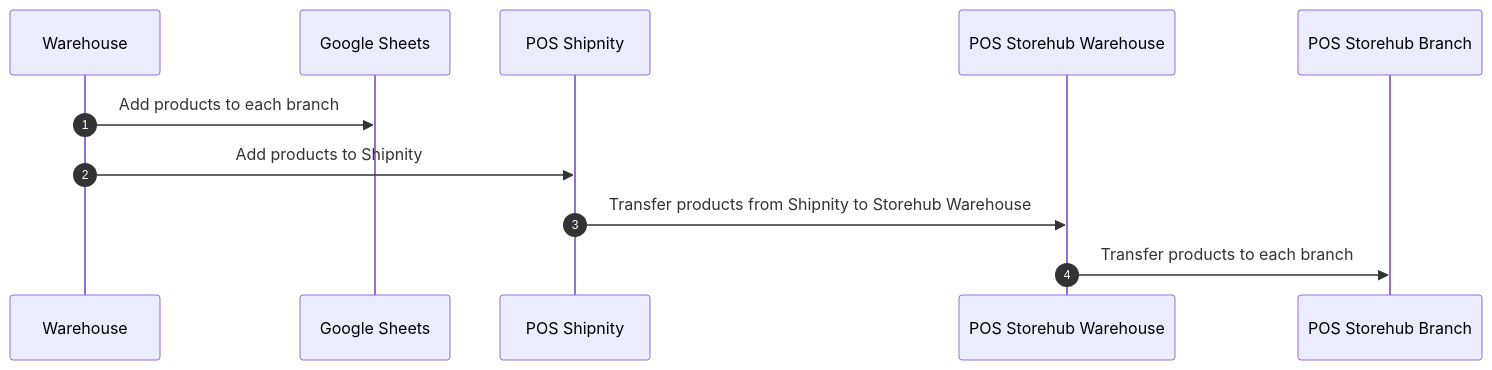
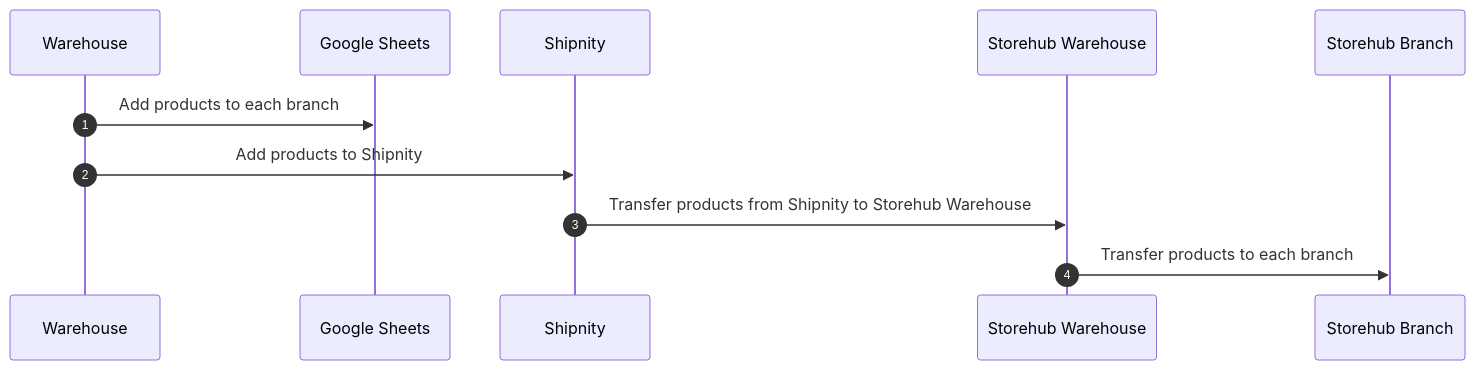
The first of 2 diagrams in offline-flow.md (turboza/urthe-documentation), drawn with Mermaid before and after one commit. The commit also changed other lines of this file and 3 other files, not shown here.

````diff
--- a/offline-flow.md
+++ b/offline-flow.md
@@ -14,15 +14,15 @@
 ```mermaid
 sequenceDiagram
     participant Warehouse
     participant Google Sheets
-    participant POS Shipnity
-    participant POS Storehub Warehouse
-    participant POS Storehub Branch
+    participant Shipnity
+    participant Storehub Warehouse
+    participant Storehub Branch
 
     autonumber
 
     Warehouse->>Google Sheets: Add products to each branch
-    Warehouse->>POS Shipnity: Add products to Shipnity
-    POS Shipnity->>POS Storehub Warehouse: Transfer products from Shipnity to Storehub Warehouse
-    POS Storehub Warehouse->>POS Storehub Branch: Transfer products to each branch
+    Warehouse->>Shipnity: Add products to Shipnity
+    Shipnity->>Storehub Warehouse: Transfer products from Shipnity to Storehub Warehouse
+    Storehub Warehouse->>Storehub Branch: Transfer products to each branch
 ```
````
